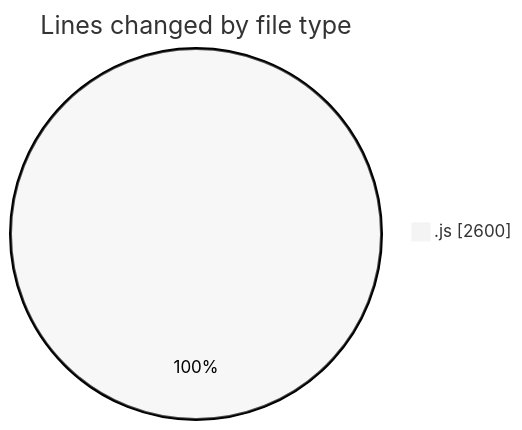
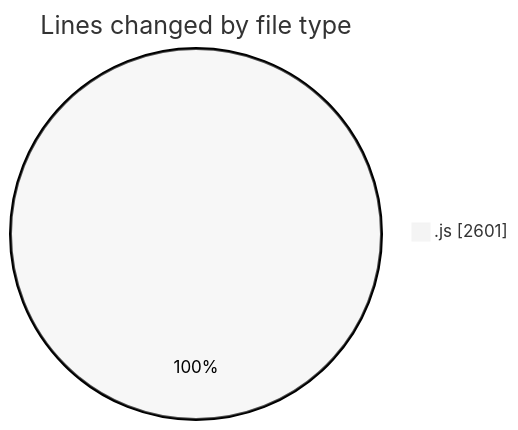
Before and after one commit to nxtqubesakshisongat/code-tracking: the first of 2 diagrams in 2025-09-03/nxtqube_webapp/README.md, drawn with Mermaid (neutral theme). The commit also changed other lines of this file and 1 other file, not shown here.

````diff
--- a/2025-09-03/nxtqube_webapp/README.md
+++ b/2025-09-03/nxtqube_webapp/README.md
@@ -20,5 +20,5 @@
 ```mermaid
 pie showData
 title Lines changed by file type
-".js" : 2600
+".js" : 2601
 ```
````
